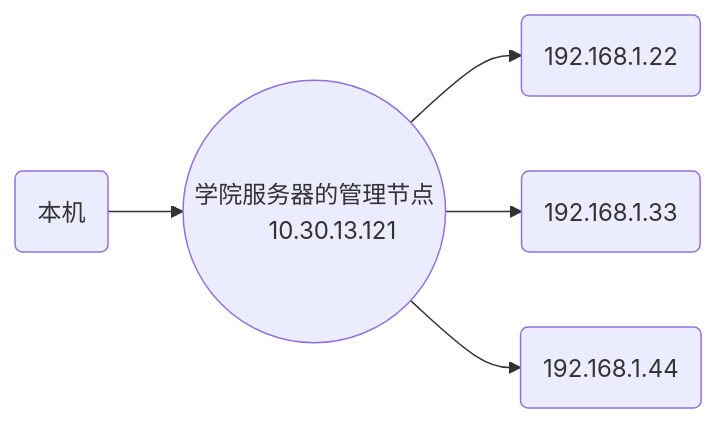
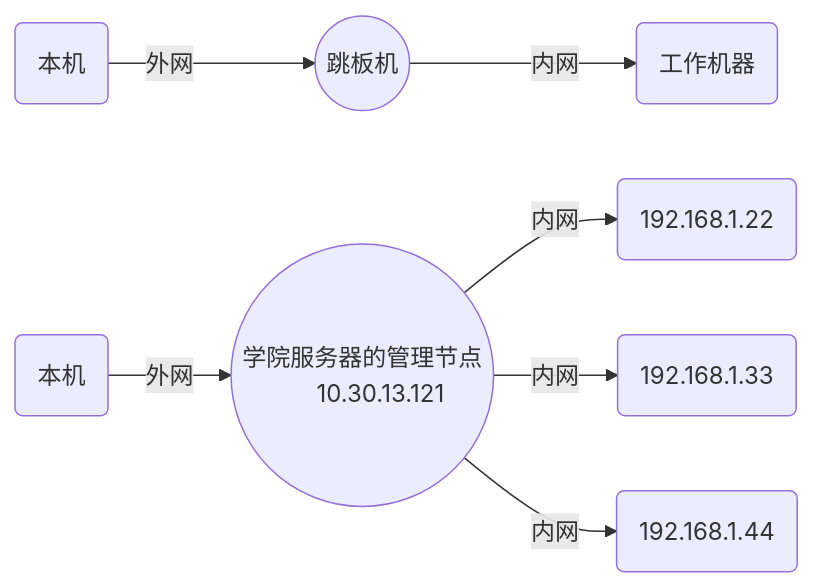
Before and after one commit to wwang721/wwang721.github.io: the diagram in _posts/2019-10-15-ssh.md, drawn with Mermaid. The commit also changed other lines of this file and 1 other file, not shown here.

```diff
--- a/_posts/2019-10-15-ssh.md
+++ b/_posts/2019-10-15-ssh.md
@@ -18,7 +22,9 @@
 <div class="mermaid">
 graph LR
-A(本机)-->C((学院服务器的管理节点<br>&ensp;&ensp;&ensp;10.30.13.121))
-C-->D(192.168.1.22)
-C-->E(192.168.1.33)
-C-->F(192.168.1.44)
+G(本机)-->|外网|H((跳板机))
+H-->|内网|I(工作机器)
+A(本机)-->|外网|C((学院服务器的管理节点<br>&ensp;&ensp;&ensp;10.30.13.121))
+C-->|内网|D(192.168.1.22)
+C-->|内网|E(192.168.1.33)
+C-->|内网|F(192.168.1.44)
 </div>
```
